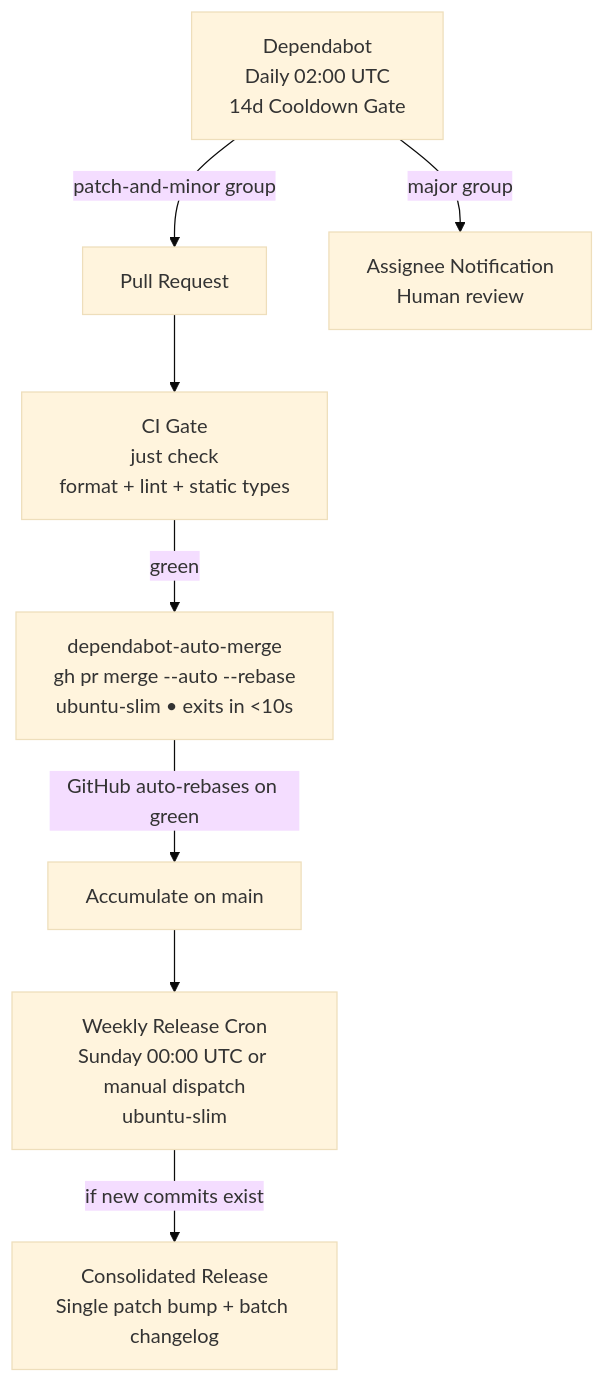
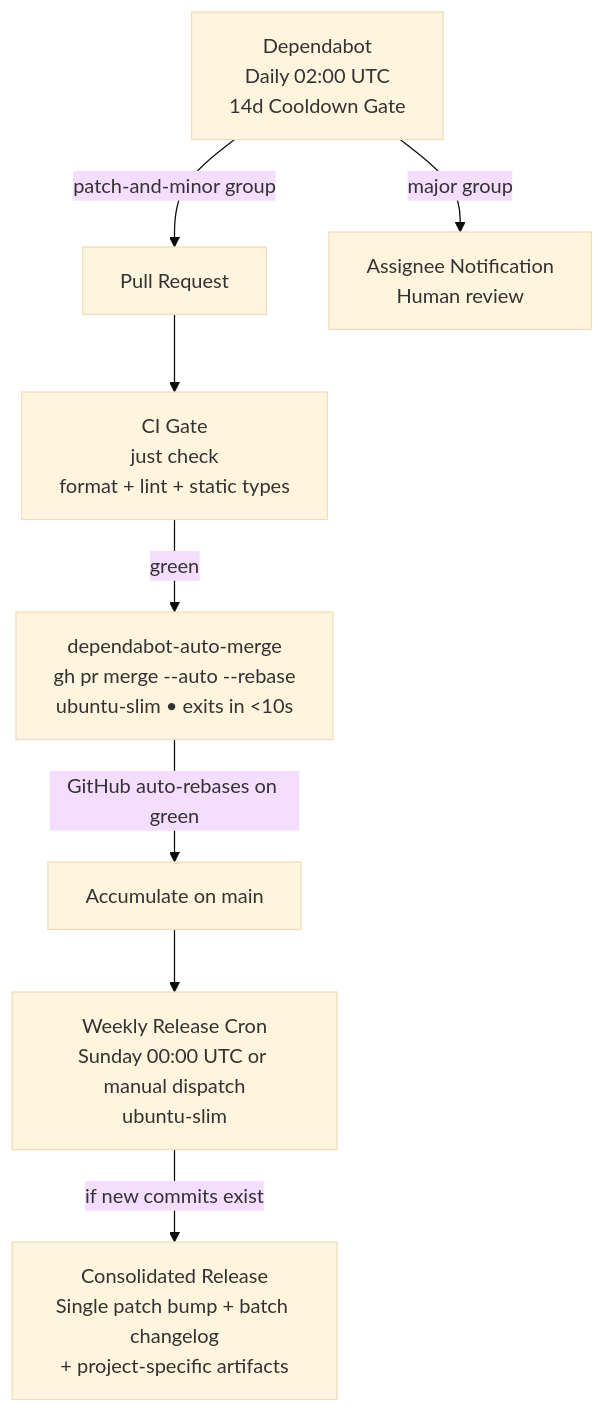
One commit to Delnegend/dotfiles changed the diagram in dot_agents/skills/autonomous-upgrade/SKILL.md. Above: the diagram before and after it, drawn with Mermaid (base theme). The commit also changed other lines of this file, not shown here.

First line of the commit message:
docs(skills): scope builds to CI vs release and require owner customization

````diff
--- a/dot_agents/skills/autonomous-upgrade/SKILL.md
+++ b/dot_agents/skills/autonomous-upgrade/SKILL.md
@@ -10,10 +10,10 @@
 ```mermaid
 flowchart TD
     A[Dependabot<br/>Daily 02:00 UTC<br/>14d Cooldown Gate] -->|patch-and-minor group| B[Pull Request]
     A -->|major group| C[Assignee Notification<br/>Human review]
     B --> D[CI Gate<br/>just check<br/>format + lint + static types]
     D -->|green| E[dependabot-auto-merge<br/>gh pr merge --auto --rebase<br/>ubuntu-slim • exits in <10s]
     E -->|GitHub auto-rebases on green| F[Accumulate on main]
     F --> G[Weekly Release Cron<br/>Sunday 00:00 UTC or manual dispatch<br/>ubuntu-slim]
-    G -->|if new commits exist| H[Consolidated Release<br/>Single patch bump + batch changelog]
+    G -->|if new commits exist| H[Consolidated Release<br/>Single patch bump + batch changelog<br/>+ project-specific artifacts]
 ```
````
